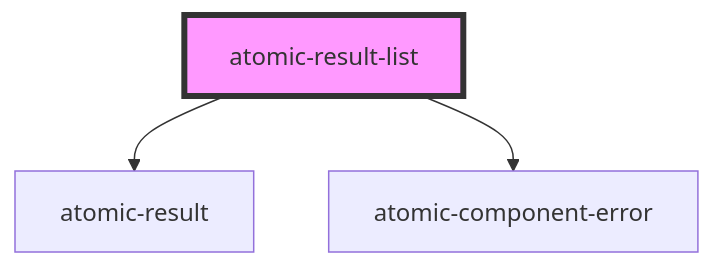
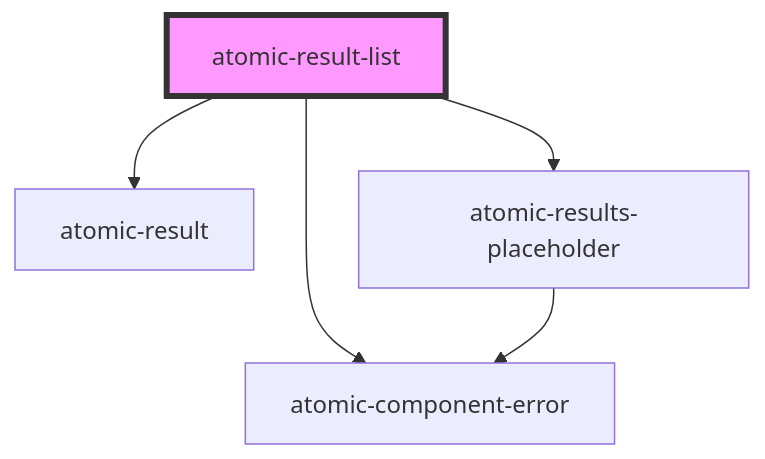
The diagram in packages/atomic/src/components/atomic-result-list/readme.md (coveo/ui-kit), drawn with Mermaid before and after one commit. The commit also changed other lines of this file and 6 other files, not shown here.

First line of the commit message:
add atomic-results-placeholder

````diff
--- a/packages/atomic/src/components/atomic-result-list/readme.md
+++ b/packages/atomic/src/components/atomic-result-list/readme.md
@@ -31,6 +24,8 @@
 ```mermaid
 graph TD;
   atomic-result-list --> atomic-result
+  atomic-result-list --> atomic-results-placeholder
   atomic-result-list --> atomic-component-error
+  atomic-results-placeholder --> atomic-component-error
   style atomic-result-list fill:#f9f,stroke:#333,stroke-width:4px
 ```
````
